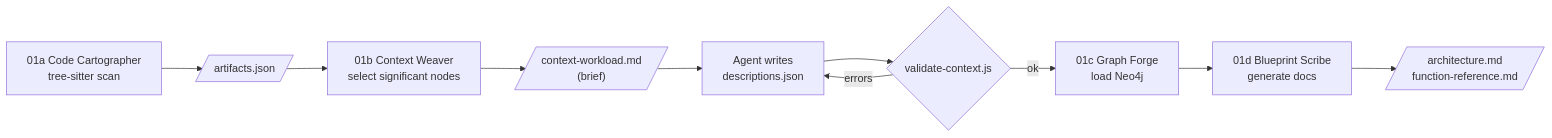
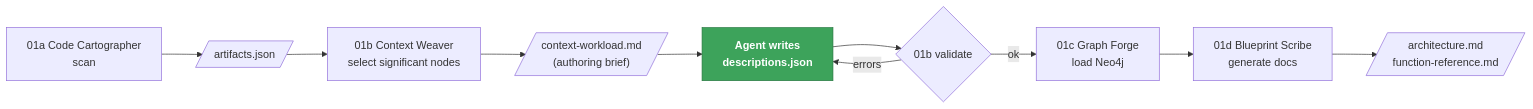
Before and after one commit to KrishnaAnnavaram/MARS: the tenth of 31 diagrams in README.md, drawn with Mermaid. The commit also changed other lines of this file, not shown here.

First line of the commit message:
Rewrite the README as a full agent-and-skill handbook

````diff
--- a/README.md
+++ b/README.md
@@ -360,12 +561,15 @@
 ```mermaid
 flowchart LR
-    S["01a Code Cartographer<br/>tree-sitter scan"] --> AJ[/"artifacts.json"/]
+    S["01a Code Cartographer<br/>scan"] --> AJ[/"artifacts.json"/]
     AJ --> W["01b Context Weaver<br/>select significant nodes"]
-    W --> BR[/"context-workload.md<br/>(brief)"/]
+    W --> BR[/"context-workload.md<br/>(authoring brief)"/]
     BR --> AG["Agent writes<br/>descriptions.json"]
-    AG --> VAL{"validate-context.js"}
+    AG --> VAL{"01b validate"}
     VAL -->|errors| AG
     VAL -->|ok| GF["01c Graph Forge<br/>load Neo4j"]
     GF --> BS["01d Blueprint Scribe<br/>generate docs"]
     BS --> DOCS[/"architecture.md<br/>function-reference.md"/]
+
+    classDef agent fill:#3DA35B,stroke:#26773f,color:#fff,font-weight:bold
+    class AG agent
 ```
````
